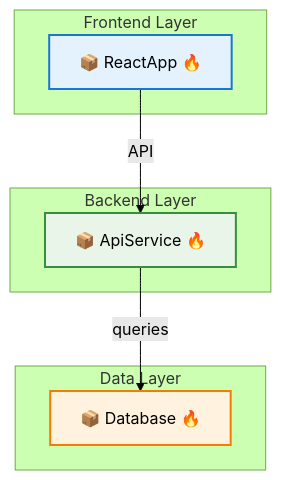
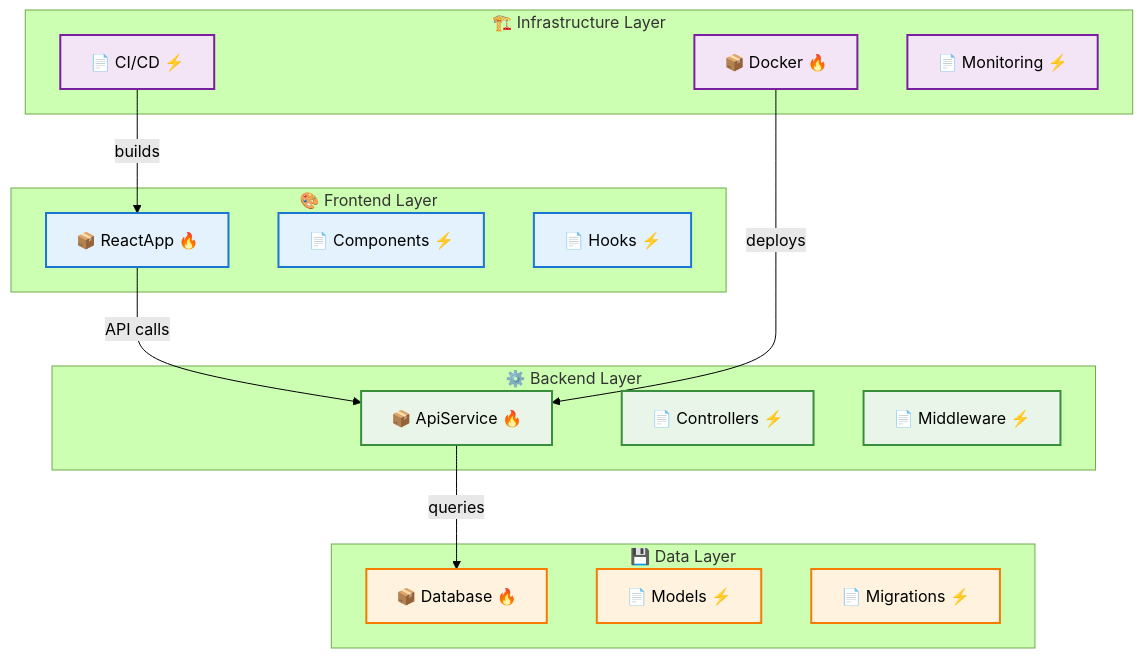
The second of 3 diagrams in README.md (samjhill/diagrammer), drawn with Mermaid (forest theme) before and after one commit. The commit also changed other lines of this file, not shown here.

First line of the commit message:
docs: reorganize README with example diagrams at top

````diff
--- a/README.md
+++ b/README.md
@@ -232,24 +64,50 @@
 ```mermaid
-graph TD
+graph TB
   classDef frontend fill:#e3f2fd,stroke:#1976d2,stroke-width:2px
   classDef backend fill:#e8f5e8,stroke:#388e3c,stroke-width:2px
   classDef data fill:#fff3e0,stroke:#f57c00,stroke-width:2px
-  
-  subgraph frontend["Frontend Layer"]
+  classDef infrastructure fill:#f3e5f5,stroke:#7b1fa2,stroke-width:2px
+  classDef group fill:#f3e5f5,stroke:#7b1fa2,stroke-width:3px
+
+  subgraph frontend_layer["🎨 Frontend Layer"]
     ReactApp["📦 ReactApp 🔥"]
+    Components["📄 Components ⚡"]
+    Hooks["📄 Hooks ⚡"]
   end
   
-  subgraph backend["Backend Layer"]
+  subgraph backend_layer["⚙️ Backend Layer"]
     ApiService["📦 ApiService 🔥"]
+    Controllers["📄 Controllers ⚡"]
+    Middleware["📄 Middleware ⚡"]
   end
   
-  subgraph data["Data Layer"]
+  subgraph data_layer["💾 Data Layer"]
     Database["📦 Database 🔥"]
+    Models["📄 Models ⚡"]
+    Migrations["📄 Migrations ⚡"]
   end
   
+  subgraph infrastructure_layer["🏗️ Infrastructure Layer"]
+    Docker["📦 Docker 🔥"]
+    CI["📄 CI/CD ⚡"]
+    Monitoring["📄 Monitoring ⚡"]
+  end
+
   ReactApp:::frontend
+  Components:::frontend
+  Hooks:::frontend
   ApiService:::backend
+  Controllers:::backend
+  Middleware:::backend
   Database:::data
-  ReactApp -->|API| ApiService
+  Models:::data
+  Migrations:::data
+  Docker:::infrastructure
+  CI:::infrastructure
+  Monitoring:::infrastructure
+
+  ReactApp -->|API calls| ApiService
   ApiService -->|queries| Database
+  Docker -->|deploys| ApiService
+  CI -->|builds| ReactApp
 ```
````
